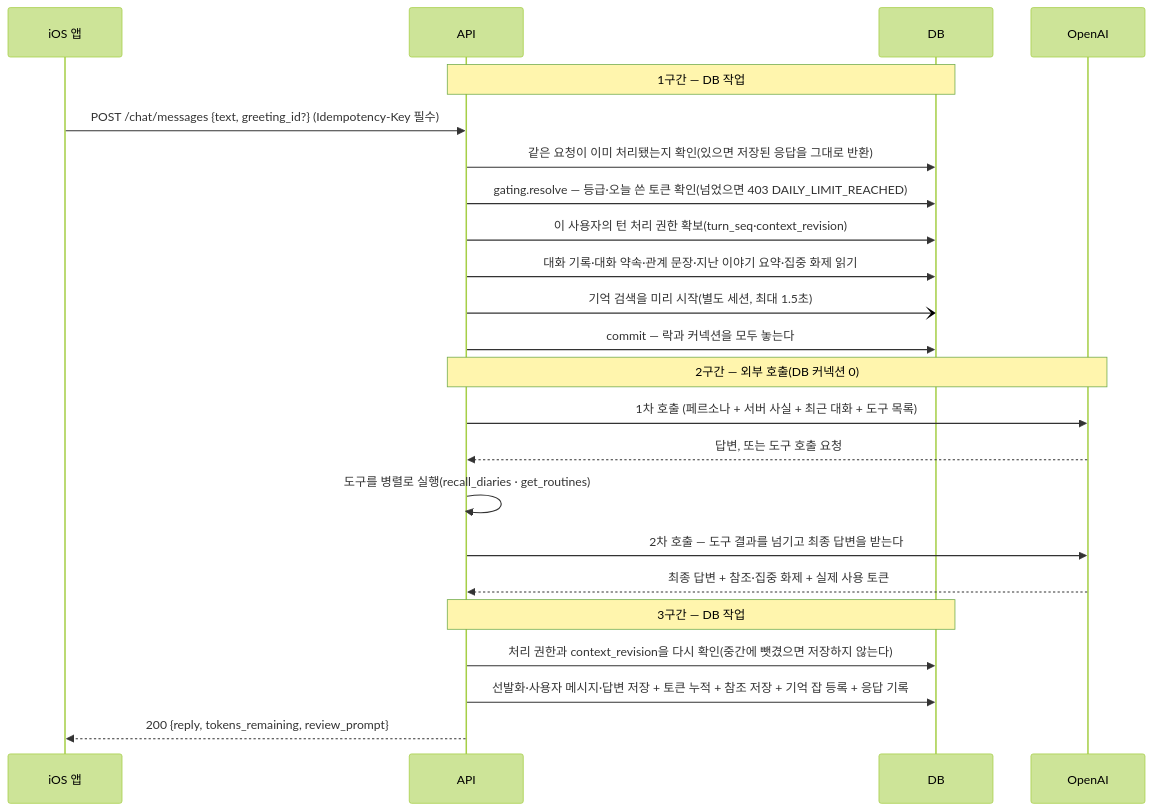
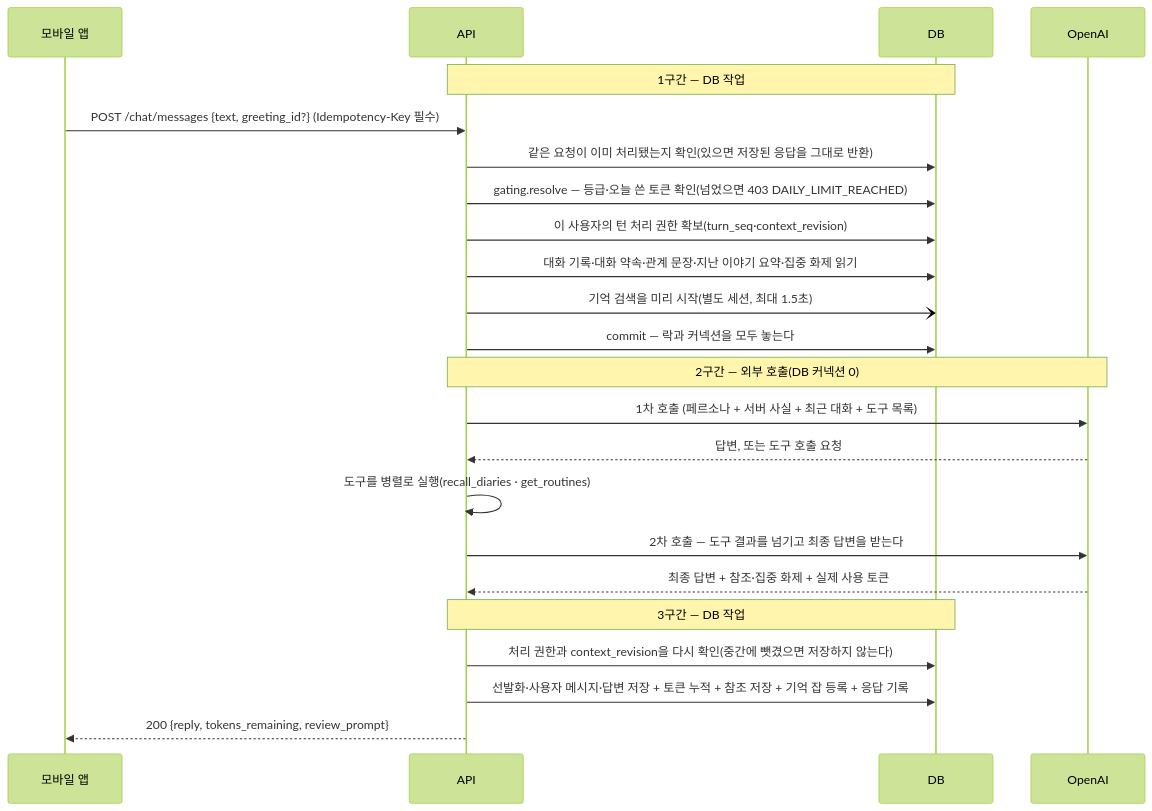
One commit to SOMA-OneTwoThree/moly-backend changed the second of 2 diagrams in docs/ARCHITECTURE.md. Above: the diagram before and after it, drawn with Mermaid (forest theme). The commit also changed other lines of this file and 62 other files, not shown here.

````diff
--- a/docs/ARCHITECTURE.md
+++ b/docs/ARCHITECTURE.md
@@ -219,28 +229,28 @@
 ```mermaid
 sequenceDiagram
-  participant App as iOS 앱
+  participant App as 모바일 앱
   participant API
   participant DB
   participant LLM as OpenAI
 
   Note over API,DB: 1구간 — DB 작업
   App->>API: POST /chat/messages {text, greeting_id?} (Idempotency-Key 필수)
   API->>DB: 같은 요청이 이미 처리됐는지 확인(있으면 저장된 응답을 그대로 반환)
   API->>DB: gating.resolve — 등급·오늘 쓴 토큰 확인(넘었으면 403 DAILY_LIMIT_REACHED)
   API->>DB: 이 사용자의 턴 처리 권한 확보(turn_seq·context_revision)
   API->>DB: 대화 기록·대화 약속·관계 문장·지난 이야기 요약·집중 화제 읽기
   API-)DB: 기억 검색을 미리 시작(별도 세션, 최대 1.5초)
   API->>DB: commit — 락과 커넥션을 모두 놓는다
 
   Note over API,LLM: 2구간 — 외부 호출(DB 커넥션 0)
   API->>LLM: 1차 호출 (페르소나 + 서버 사실 + 최근 대화 + 도구 목록)
   LLM-->>API: 답변, 또는 도구 호출 요청
   API->>API: 도구를 병렬로 실행(recall_diaries · get_routines)
   API->>LLM: 2차 호출 — 도구 결과를 넘기고 최종 답변을 받는다
   LLM-->>API: 최종 답변 + 참조·집중 화제 + 실제 사용 토큰
 
   Note over API,DB: 3구간 — DB 작업
   API->>DB: 처리 권한과 context_revision을 다시 확인(중간에 뺏겼으면 저장하지 않는다)
   API->>DB: 선발화·사용자 메시지·답변 저장 + 토큰 누적 + 참조 저장 + 기억 잡 등록 + 응답 기록
   API-->>App: 200 {reply, tokens_remaining, review_prompt}
 ```
````
